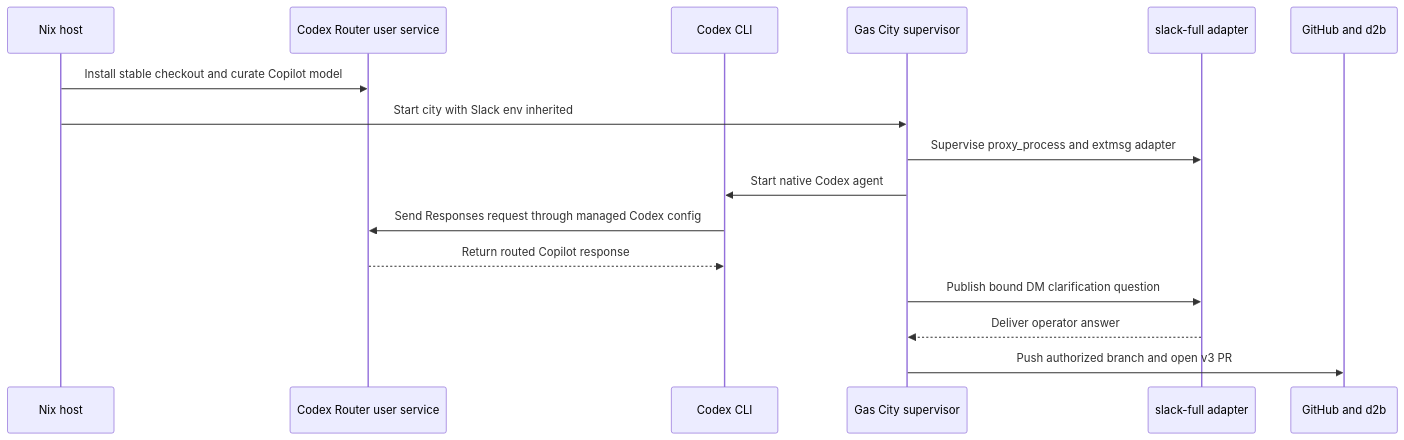
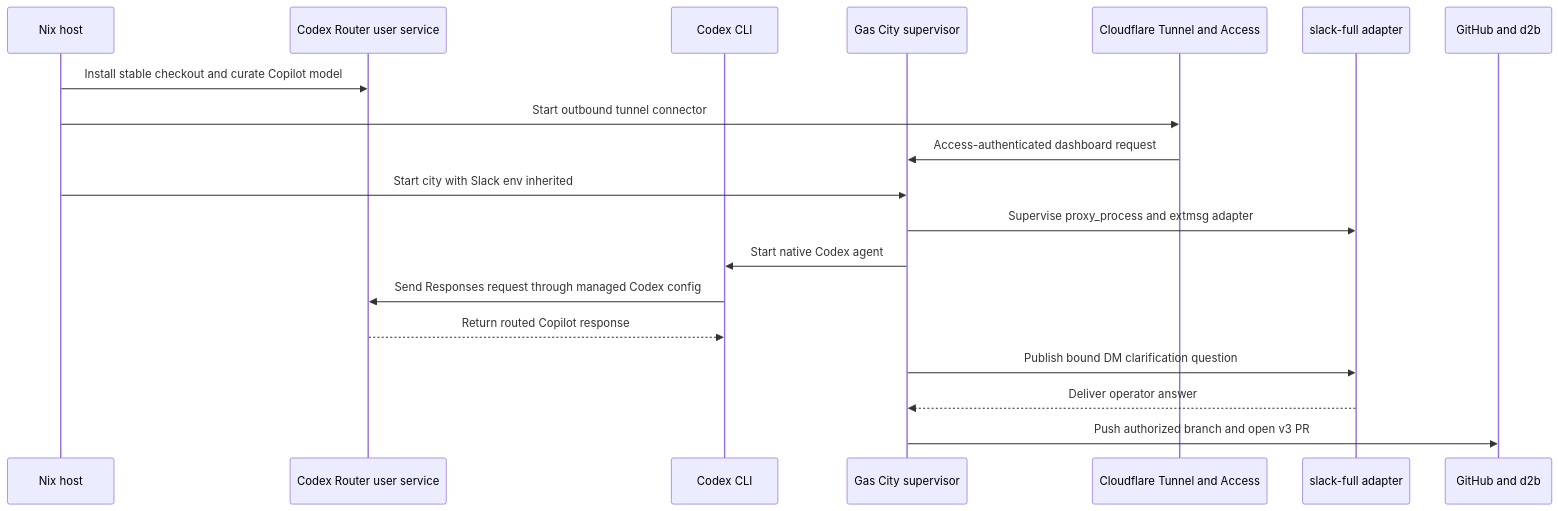
One commit to vicondoa/d2b-gascity changed the diagram in docs/plans/2026-08-19-001-feat-codex-router-copilot-slack-plan.md. Above: the diagram before and after it, drawn with Mermaid. The commit also changed other lines of this file, not shown here.

Commit message:
docs: plan free Cloudflare ingress

````diff
--- a/docs/plans/2026-08-19-001-feat-codex-router-copilot-slack-plan.md
+++ b/docs/plans/2026-08-19-001-feat-codex-router-copilot-slack-plan.md
@@ -177,19 +186,22 @@
 ```mermaid
 sequenceDiagram
     participant Host as Nix host
     participant Router as Codex Router user service
     participant Codex as Codex CLI
     participant GC as Gas City supervisor
+    participant Edge as Cloudflare Tunnel and Access
     participant Slack as slack-full adapter
     participant GitHub as GitHub and d2b
 
     Host->>Router: Install stable checkout and curate Copilot model
+    Host->>Edge: Start outbound tunnel connector
+    Edge->>GC: Access-authenticated dashboard request
     Host->>GC: Start city with Slack env inherited
     GC->>Slack: Supervise proxy_process and extmsg adapter
     GC->>Codex: Start native Codex agent
     Codex->>Router: Send Responses request through managed Codex config
     Router-->>Codex: Return routed Copilot response
     GC->>Slack: Publish bound DM clarification question
     Slack-->>GC: Deliver operator answer
     GC->>GitHub: Push authorized branch and open v3 PR
 ```
````
